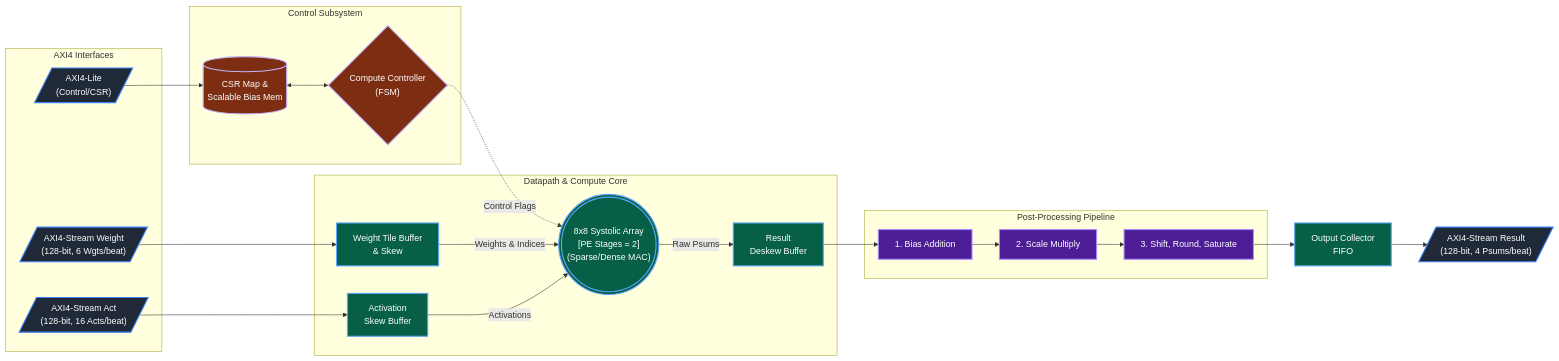
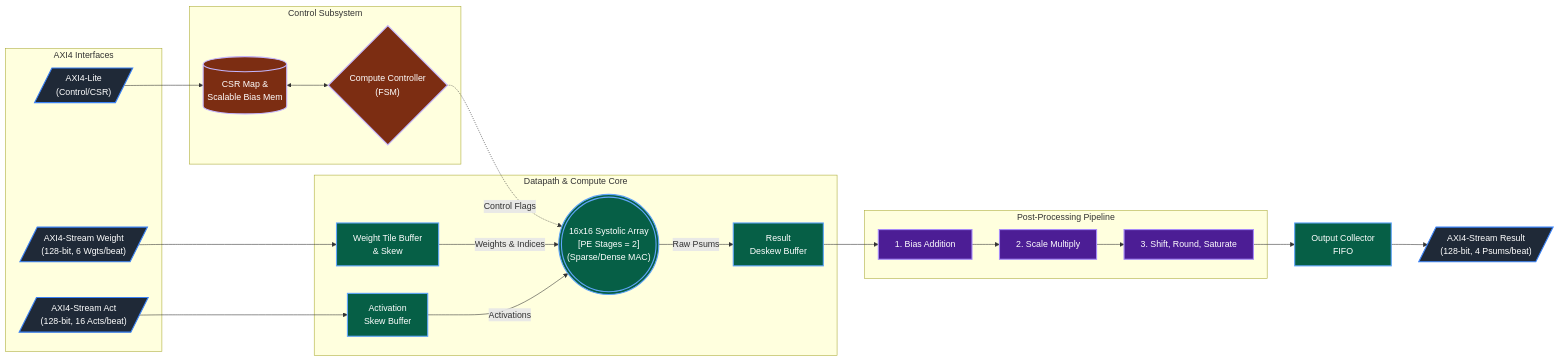
One commit to Vivekmalli2002/sparse-systolic-edge-ai-accelerator-ip-uvm-dv changed the diagram in README.md. Above: the diagram before and after it, drawn with Mermaid. The commit also changed other lines of this file, not shown here.

````diff
--- a/README.md
+++ b/README.md
@@ -31,64 +67,64 @@
 ```mermaid
 graph LR
     %% External Interfaces
     subgraph AXI_Interfaces ["AXI4 Interfaces"]
         AXIL[/"AXI4-Lite<br>(Control/CSR)"/]
         AXIS_W[/"AXI4-Stream Weight<br>(128-bit, 6 Wgts/beat)"/]
         AXIS_A[/"AXI4-Stream Act<br>(128-bit, 16 Acts/beat)"/]
     end
 
     %% Control Subsystem
     subgraph Control ["Control Subsystem"]
         FSM{"Compute Controller<br>(FSM)"}
         CSR[("CSR Map &<br>Scalable Bias Mem")]
     end
 
     %% Core Dataflow
     subgraph Dataflow ["Datapath & Compute Core"]
         W_SKEW["Weight Tile Buffer<br>& Skew"]
         A_SKEW["Activation<br>Skew Buffer"]
-        ARRAY((("8x8 Systolic Array<br>[PE Stages = 2]<br>(Sparse/Dense MAC)")))
+        ARRAY((("16x16 Systolic Array<br>[PE Stages = 2]<br>(Sparse/Dense MAC)")))
         DESKEW["Result<br>Deskew Buffer"]
     end
 
     %% Post-Processing
     subgraph PostProc ["Post-Processing Pipeline"]
         BIAS["1. Bias Addition"]
         SCALE["2. Scale Multiply"]
         SAT["3. Shift, Round, Saturate"]
     end
 
     %% Output
     FIFO["Output Collector<br>FIFO"]
     AXIS_R[/"AXI4-Stream Result<br>(128-bit, 4 Psums/beat)"/]
 
     %% Routing
     AXIL --> CSR
     CSR <--> FSM
     FSM -.->|Control Flags| ARRAY
-    
+
     AXIS_W --> W_SKEW
     AXIS_A --> A_SKEW
-    
+
     W_SKEW -->|Weights & Indices| ARRAY
     A_SKEW -->|Activations| ARRAY
-    
+
     ARRAY -->|Raw Psums| DESKEW
     DESKEW --> BIAS
     BIAS --> SCALE
     SCALE --> SAT
     SAT --> FIFO
-    
+
     FIFO --> AXIS_R
 
     %% Styling
     classDef interface fill:#1f2937,stroke:#3b82f6,stroke-width:2px,color:#fff;
     classDef core fill:#065f46,stroke:#60a5fa,stroke-width:2px,color:#fff;
     classDef postproc fill:#4c1d95,stroke:#a78bfa,stroke-width:2px,color:#fff;
     classDef control fill:#7c2d12,stroke:#c4b5fd,stroke-width:2px,color:#fff;
 
     class AXIL,AXIS_W,AXIS_A,AXIS_R interface;
     class ARRAY,W_SKEW,A_SKEW,DESKEW,FIFO core;
     class BIAS,SCALE,SAT postproc;
     class FSM,CSR control;
 ```
````
